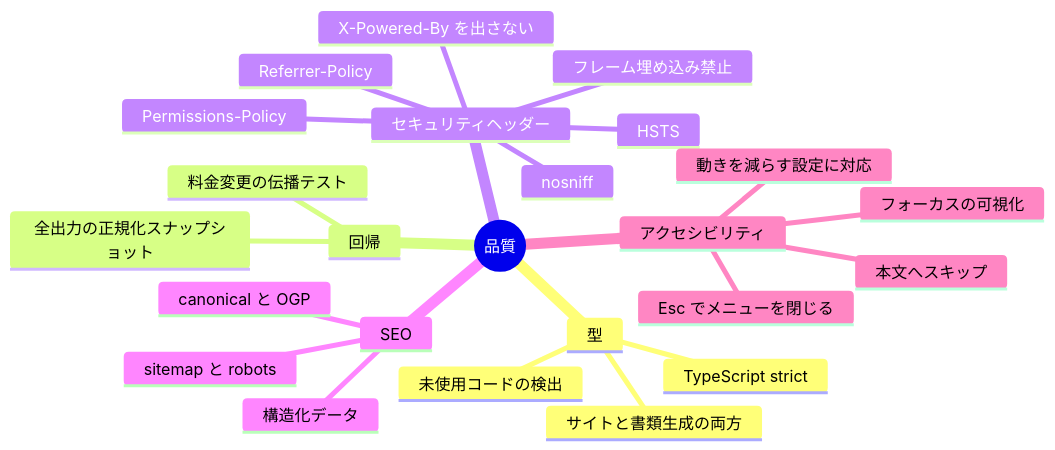
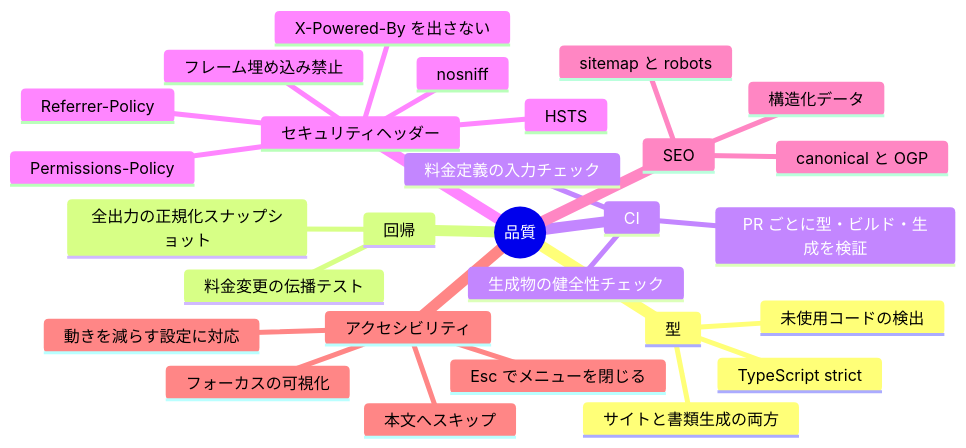
One commit to bright-broom/inofo-system changed the tenth of 12 diagrams in README.md. Above: the diagram before and after it, drawn with Mermaid. The commit also changed other lines of this file and 8 other files, not shown here.

````diff
--- a/README.md
+++ b/README.md
@@ -336,27 +351,31 @@
 ```mermaid
 mindmap
   root((品質))
     型
       TypeScript strict
       未使用コードの検出
       サイトと書類生成の両方
     回帰
       全出力の正規化スナップショット
       料金変更の伝播テスト
+    CI
+      PR ごとに型・ビルド・生成を検証
+      料金定義の入力チェック
+      生成物の健全性チェック
     セキュリティヘッダー
       nosniff
       フレーム埋め込み禁止
       Referrer-Policy
       Permissions-Policy
       HSTS
       X-Powered-By を出さない
     SEO
       canonical と OGP
       sitemap と robots
       構造化データ
     アクセシビリティ
       本文へスキップ
       フォーカスの可視化
       Esc でメニューを閉じる
       動きを減らす設定に対応
 ```
````
